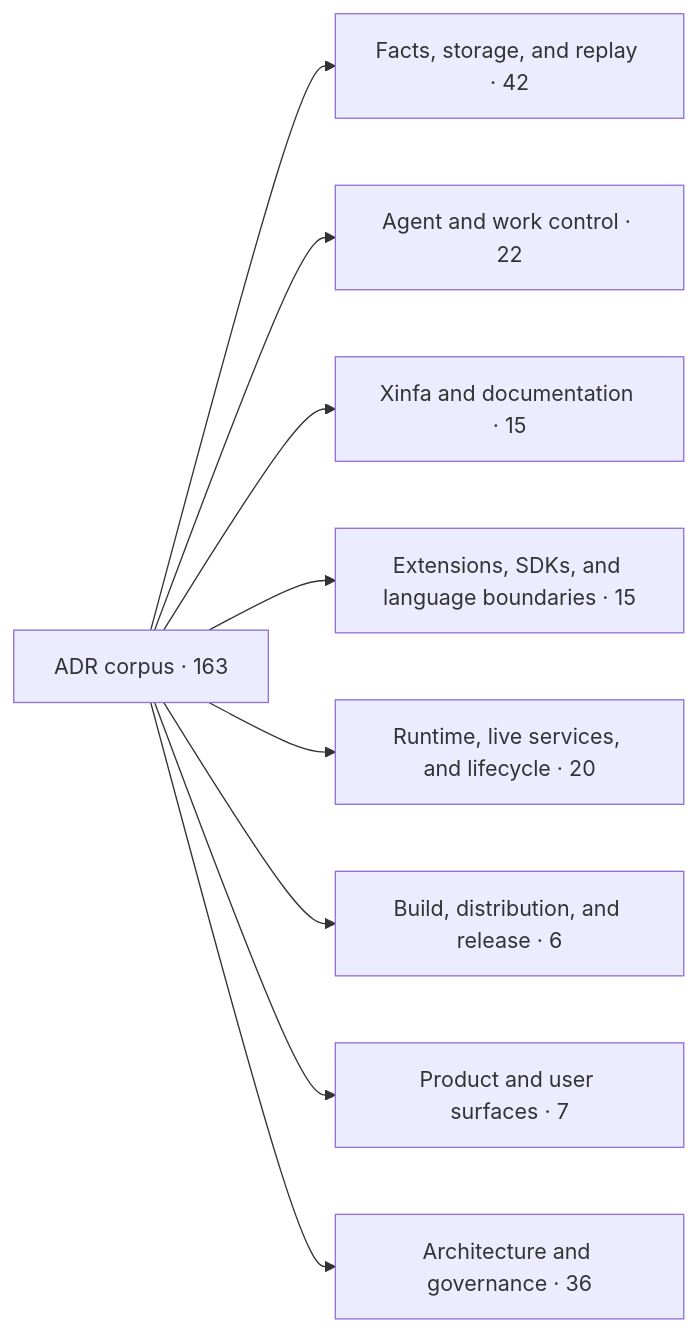
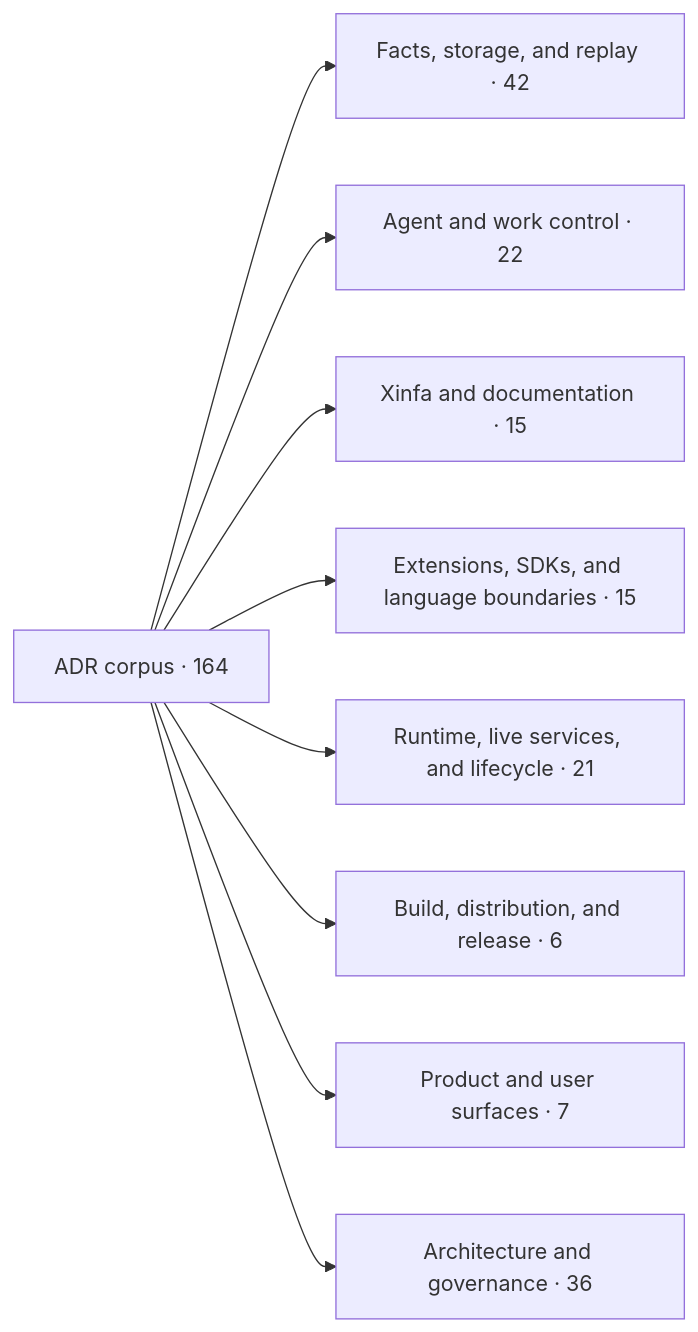
One commit to PterX/kungfu changed the first of 2 diagrams in docs/architecture/adr-map.md. Above: the diagram before and after it, drawn with Mermaid. The commit also changed other lines of this file and 2 other files, not shown here.

Commit message:
docs(adr): govern node watcher runtime boundary

````diff
--- a/docs/architecture/adr-map.md
+++ b/docs/architecture/adr-map.md
@@ -20,12 +20,12 @@
 ```mermaid
 flowchart LR
-  root["ADR corpus · 163"]
+  root["ADR corpus · 164"]
   root --> d0["Facts, storage, and replay · 42"]
   root --> d1["Agent and work control · 22"]
   root --> d2["Xinfa and documentation · 15"]
   root --> d3["Extensions, SDKs, and language boundaries · 15"]
-  root --> d4["Runtime, live services, and lifecycle · 20"]
+  root --> d4["Runtime, live services, and lifecycle · 21"]
   root --> d5["Build, distribution, and release · 6"]
   root --> d6["Product and user surfaces · 7"]
   root --> d7["Architecture and governance · 36"]
 ```
````
